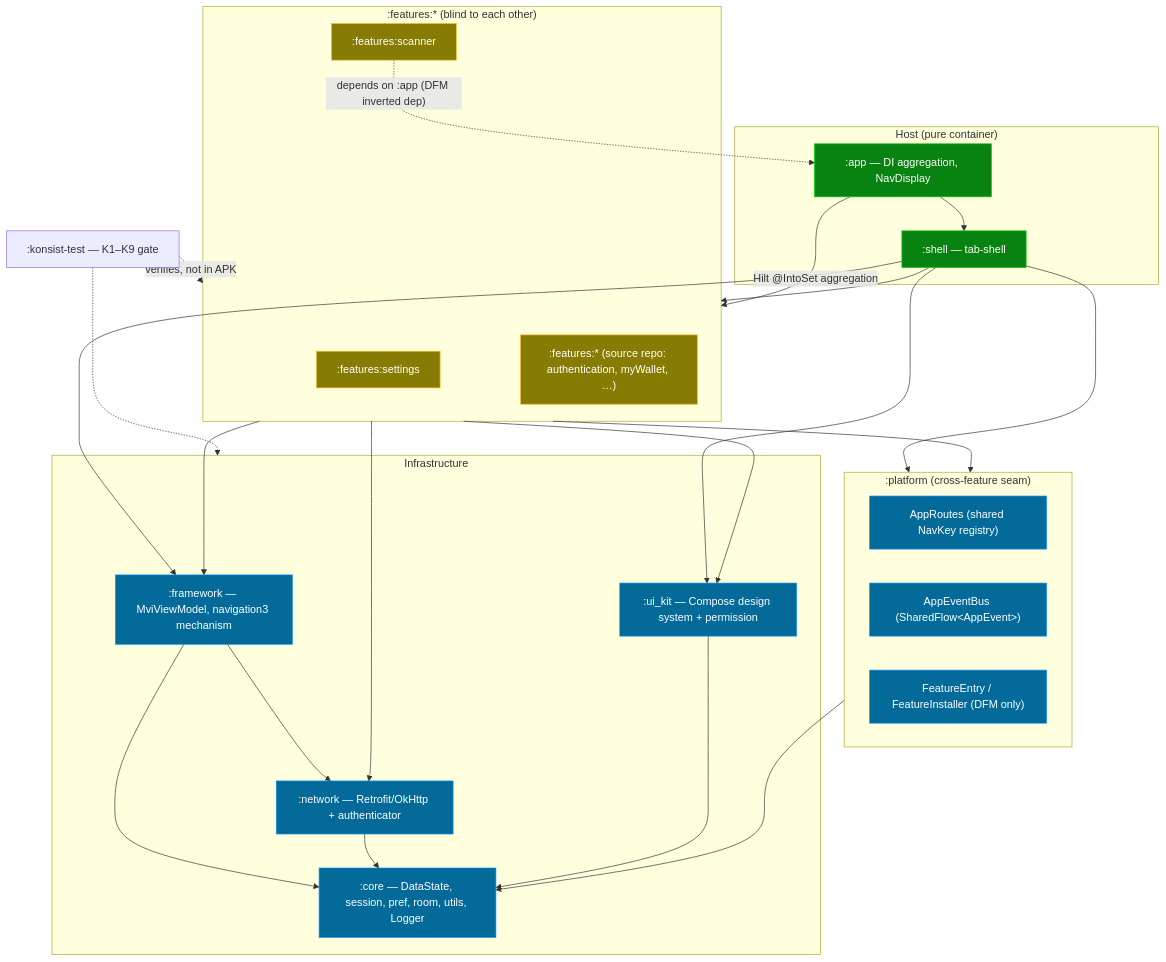
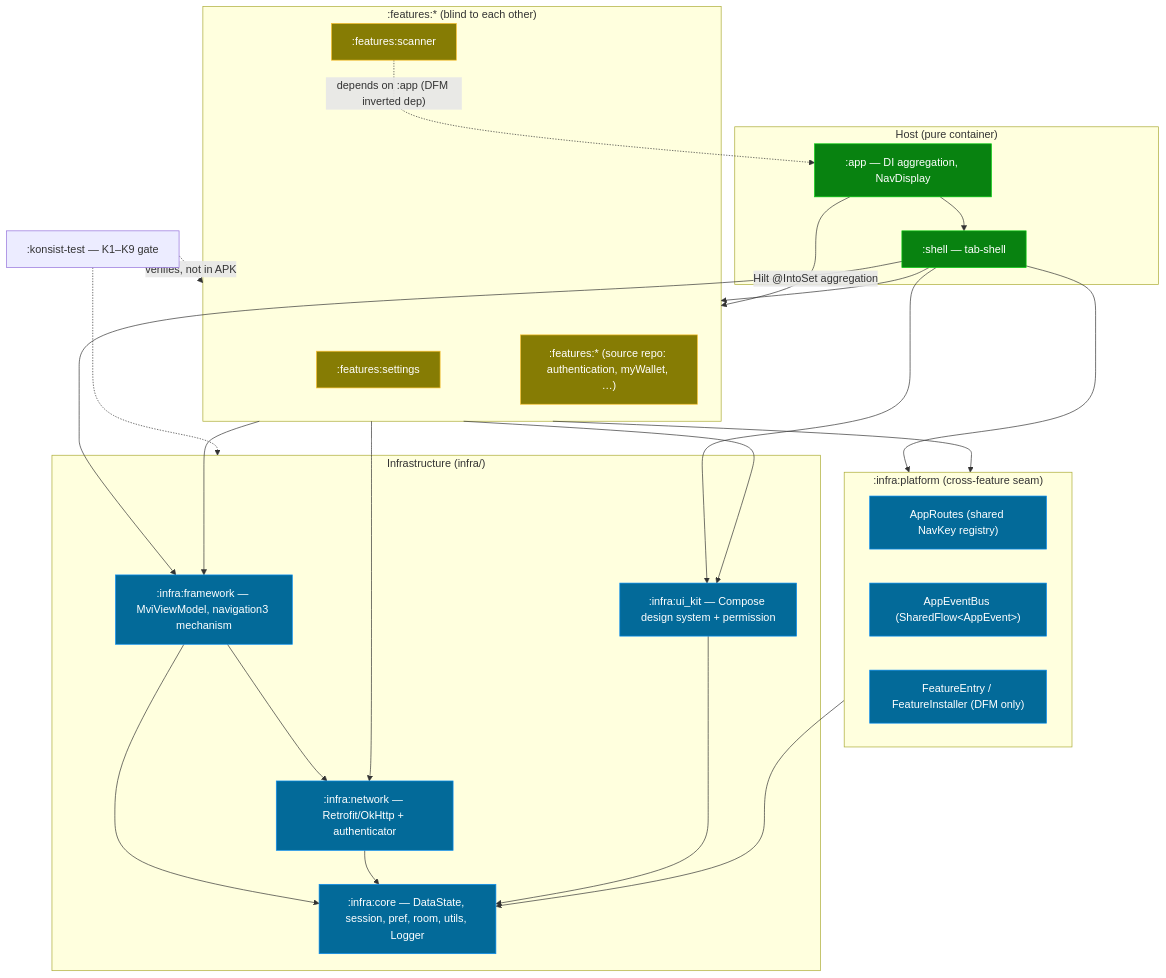
One commit to DanhDue/android_digital_wallet changed the second of 2 diagrams in docs/architecture/ARCHITECTURE.md. Above: the diagram before and after it, drawn with Mermaid. The commit also changed other lines of this file and 180 other files, not shown here.

First line of the commit message:
[ANDROID_SUPER_APP_TEMPLATE] Relocate infrastructure modules into infra/ parent directory

````diff
--- a/docs/architecture/ARCHITECTURE.md
+++ b/docs/architecture/ARCHITECTURE.md
@@ -281,56 +281,56 @@
 ```mermaid
 graph TD
     subgraph Host["Host (pure container)"]
         APP[":app — DI aggregation, NavDisplay"]
         SHELL[":shell — tab-shell"]
     end
 
-    subgraph Platform[":platform (cross-feature seam)"]
+    subgraph Platform[":infra:platform (cross-feature seam)"]
         ROUTES["AppRoutes (shared NavKey registry)"]
         BUS["AppEventBus (SharedFlow&lt;AppEvent&gt;)"]
         FE["FeatureEntry / FeatureInstaller (DFM only)"]
     end
 
     subgraph Features[":features:* (blind to each other)"]
         F_SET[":features:settings"]
         F_SCAN[":features:scanner"]
         F_BIZ[":features:* (source repo: authentication, myWallet, …)"]
     end
 
-    subgraph Infra["Infrastructure"]
-        FRAMEWORK[":framework — MviViewModel, navigation3 mechanism"]
-        NETWORK[":network — Retrofit/OkHttp + authenticator"]
-        UIKIT[":ui_kit — Compose design system + permission"]
-        CORE[":core — DataState, session, pref, room, utils, Logger"]
+    subgraph Infra["Infrastructure (infra/)"]
+        FRAMEWORK[":infra:framework — MviViewModel, navigation3 mechanism"]
+        NETWORK[":infra:network — Retrofit/OkHttp + authenticator"]
+        UIKIT[":infra:ui_kit — Compose design system + permission"]
+        CORE[":infra:core — DataState, session, pref, room, utils, Logger"]
     end
 
     APP --> SHELL
     APP -->|Hilt @IntoSet aggregation| Features
     SHELL --> Features
     SHELL --> Platform
     SHELL --> FRAMEWORK
     SHELL --> UIKIT
 
     Features --> Platform
     Features --> FRAMEWORK
     Features --> NETWORK
     Features --> UIKIT
 
     F_SCAN -.->|"depends on :app (DFM inverted dep)"| APP
 
     Platform --> CORE
     FRAMEWORK --> CORE
     FRAMEWORK --> NETWORK
     NETWORK --> CORE
     UIKIT --> CORE
 
     KONSIST[":konsist-test — K1–K9 gate"] -.->|verifies, not in APK| Features
     KONSIST -.-> Infra
 
     classDef host fill:#088210,stroke:#02CC0C,color:#fff
     classDef infra fill:#036A99,stroke:#088DF3,color:#fff
     classDef feat fill:#867C04,stroke:#fbc02d,color:#fff
     class APP,SHELL host
     class CORE,FRAMEWORK,NETWORK,UIKIT,ROUTES,BUS,FE infra
     class F_SET,F_SCAN,F_BIZ feat
 ```
````
